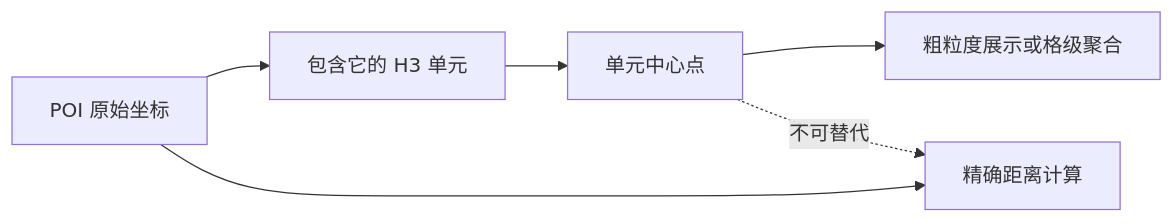
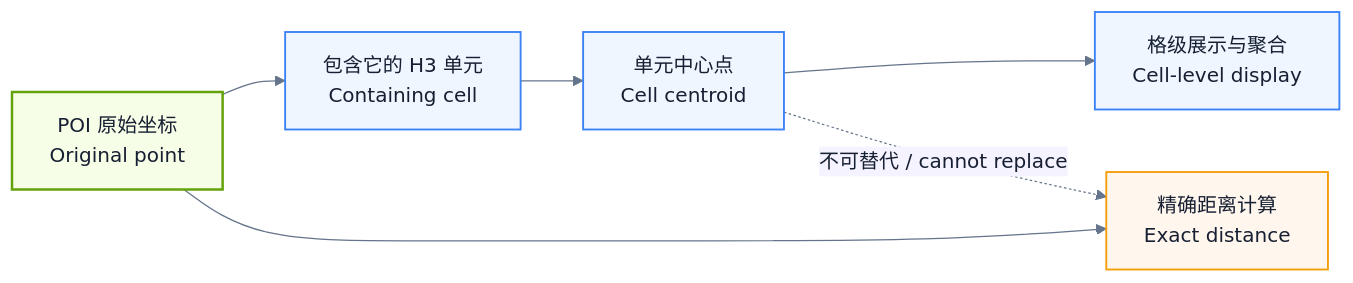
One commit to 3452078359-xuexue/knowledge-graph changed the fifth of 9 diagrams in README.md. Above: the diagram before and after it, drawn with Mermaid. The commit also changed other lines of this file and 1 other file, not shown here.

Commit message:
Add bilingual H3 guide and polished diagrams

````diff
--- a/README.md
+++ b/README.md
@@ -142,8 +188,15 @@
 ```mermaid
+%%{init: {"theme":"base","themeVariables":{"background":"#ffffff","primaryColor":"#eef6ff","primaryTextColor":"#172033","primaryBorderColor":"#3b82f6","lineColor":"#64748b","secondaryColor":"#f5f3ff","tertiaryColor":"#f7fee7","fontFamily":"Arial"}}}%%
 flowchart LR
-    P[POI 原始坐标] --> C[包含它的 H3 单元]
-    C --> M[单元中心点]
-    P --> D[精确距离计算]
-    M --> A[粗粒度展示或格级聚合]
-    M -. 不可替代 .-> D
+    P[POI 原始坐标<br/>Original point] --> C[包含它的 H3 单元<br/>Containing cell]
+    C --> M[单元中心点<br/>Cell centroid]
+    P --> D[精确距离计算<br/>Exact distance]
+    M --> A[格级展示与聚合<br/>Cell-level display]
+    M -. 不可替代 / cannot replace .-> D
+    classDef source fill:#f7fee7,stroke:#65a30d,color:#172033,stroke-width:2px;
+    classDef cell fill:#eff6ff,stroke:#3b82f6,color:#172033,stroke-width:1.5px;
+    classDef warning fill:#fff7ed,stroke:#f59e0b,color:#172033,stroke-width:1.5px;
+    class P source;
+    class C,M,A cell;
+    class D warning;
 ```
````
